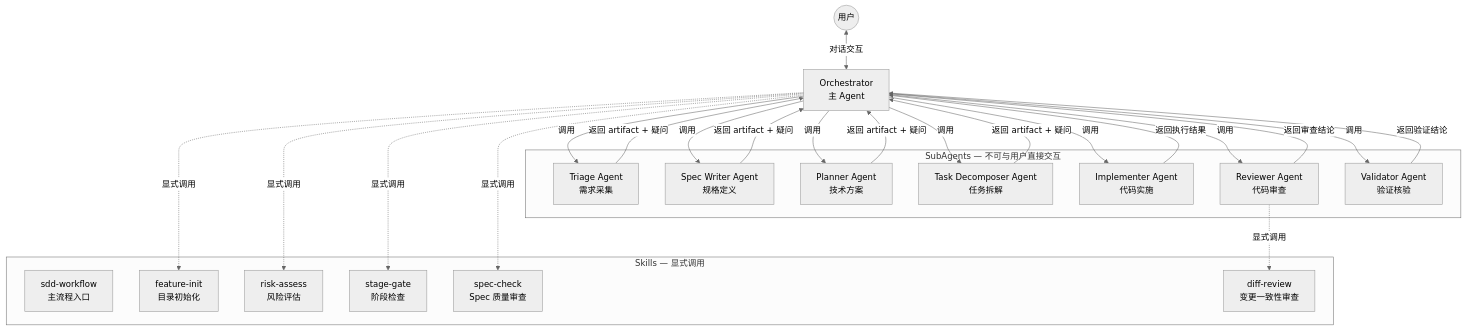
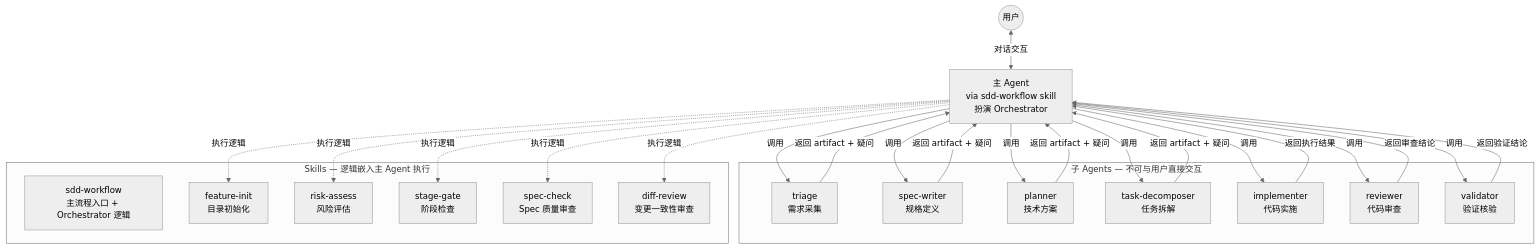
Before and after one commit to daydreamer258/opencode-sdd-pipeline: the first of 7 diagrams in ARCHITECTURE.md, drawn with Mermaid (neutral theme). The commit also changed other lines of this file and 12 other files, not shown here.

First line of the commit message:
适配 Codemate 平台：重构 agents/skills/文档

````diff
--- a/ARCHITECTURE.md
+++ b/ARCHITECTURE.md
@@ -9,46 +9,46 @@
 ```mermaid
 graph TB
     User((用户))
-    Orch[Orchestrator<br/>主 Agent]
+    Main[主 Agent<br/>via sdd-workflow skill<br/>扮演 Orchestrator]
 
-    subgraph SubAgents[SubAgents — 不可与用户直接交互]
-        Triage[Triage Agent<br/>需求采集]
-        Spec[Spec Writer Agent<br/>规格定义]
-        Planner[Planner Agent<br/>技术方案]
-        TaskD[Task Decomposer Agent<br/>任务拆解]
-        Impl[Implementer Agent<br/>代码实施]
-        Rev[Reviewer Agent<br/>代码审查]
-        Valid[Validator Agent<br/>验证核验]
+    subgraph SubAgents[子 Agents — 不可与用户直接交互]
+        Triage[triage<br/>需求采集]
+        Spec[spec-writer<br/>规格定义]
+        Planner[planner<br/>技术方案]
+        TaskD[task-decomposer<br/>任务拆解]
+        Impl[implementer<br/>代码实施]
+        Rev[reviewer<br/>代码审查]
+        Valid[validator<br/>验证核验]
     end
 
-    subgraph Skills[Skills — 显式调用]
-        SDDSkill[sdd-workflow<br/>主流程入口]
+    subgraph Skills[Skills — 逻辑嵌入主 Agent 执行]
+        SDDSkill[sdd-workflow<br/>主流程入口 + Orchestrator 逻辑]
         FeatInit[feature-init<br/>目录初始化]
         RiskA[risk-assess<br/>风险评估]
         StageG[stage-gate<br/>阶段检查]
         SpecC[spec-check<br/>Spec 质量审查]
         DiffR[diff-review<br/>变更一致性审查]
     end
 
-    User <-->|对话交互| Orch
-    Orch -->|调用| Triage
-    Orch -->|调用| Spec
-    Orch -->|调用| Planner
-    Orch -->|调用| TaskD
-    Orch -->|调用| Impl
-    Orch -->|调用| Rev
-    Orch -->|调用| Valid
-    Orch -.->|显式调用| FeatInit
-    Orch -.->|显式调用| RiskA
-    Orch -.->|显式调用| StageG
-    Orch -.->|显式调用| SpecC
-    Rev -.->|显式调用| DiffR
+    User <-->|对话交互| Main
+    Main -->|调用| Triage
+    Main -->|调用| Spec
+    Main -->|调用| Planner
+    Main -->|调用| TaskD
+    Main -->|调用| Impl
+    Main -->|调用| Rev
+    Main -->|调用| Valid
+    Main -.->|执行逻辑| FeatInit
+    Main -.->|执行逻辑| RiskA
+    Main -.->|执行逻辑| StageG
+    Main -.->|执行逻辑| SpecC
+    Main -.->|执行逻辑| DiffR
 
-    Triage -->|返回 artifact + 疑问| Orch
-    Spec -->|返回 artifact + 疑问| Orch
-    Planner -->|返回 artifact + 疑问| Orch
-    TaskD -->|返回 artifact + 疑问| Orch
-    Impl -->|返回执行结果| Orch
-    Rev -->|返回审查结论| Orch
-    Valid -->|返回验证结论| Orch
+    Triage -->|返回 artifact + 疑问| Main
+    Spec -->|返回 artifact + 疑问| Main
+    Planner -->|返回 artifact + 疑问| Main
+    TaskD -->|返回 artifact + 疑问| Main
+    Impl -->|返回执行结果| Main
+    Rev -->|返回审查结论| Main
+    Valid -->|返回验证结论| Main
 ```
````
